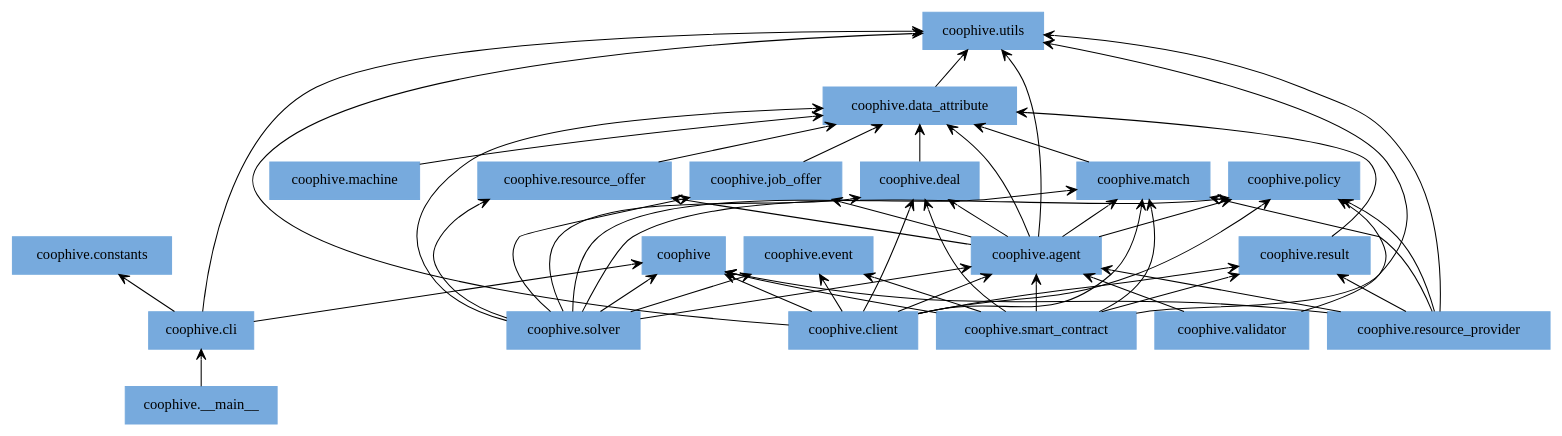
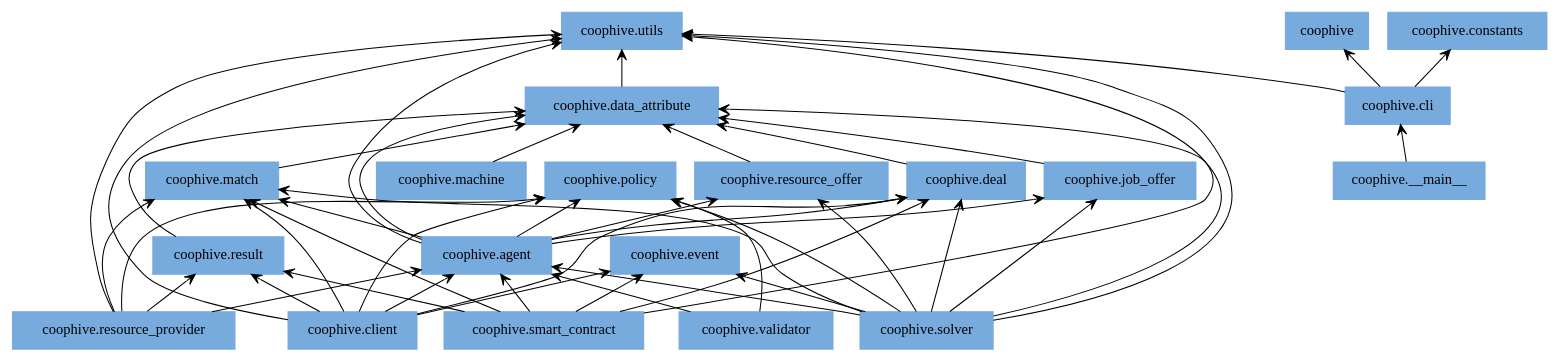
Before and after one commit to CoopHive/Apiary: the diagram in docs/img/packages_coophive.dot, drawn with Graphviz. The commit also changed 7 other files, not shown here.

```diff
--- a/docs/img/packages_coophive.dot
+++ b/docs/img/packages_coophive.dot
@@ -1,74 +1,71 @@
 digraph "packages_coophive" {
 rankdir=BT
 charset="utf-8"
 "coophive" [color="#77AADD", label=<coophive>, shape="box", style="filled"];
 "coophive.__main__" [color="#77AADD", label=<coophive.__main__>, shape="box", style="filled"];
 "coophive.agent" [color="#77AADD", label=<coophive.agent>, shape="box", style="filled"];
 "coophive.cli" [color="#77AADD", label=<coophive.cli>, shape="box", style="filled"];
 "coophive.client" [color="#77AADD", label=<coophive.client>, shape="box", style="filled"];
 "coophive.constants" [color="#77AADD", label=<coophive.constants>, shape="box", style="filled"];
 "coophive.data_attribute" [color="#77AADD", label=<coophive.data_attribute>, shape="box", style="filled"];
 "coophive.deal" [color="#77AADD", label=<coophive.deal>, shape="box", style="filled"];
 "coophive.event" [color="#77AADD", label=<coophive.event>, shape="box", style="filled"];
 "coophive.job_offer" [color="#77AADD", label=<coophive.job_offer>, shape="box", style="filled"];
 "coophive.machine" [color="#77AADD", label=<coophive.machine>, shape="box", style="filled"];
 "coophive.match" [color="#77AADD", label=<coophive.match>, shape="box", style="filled"];
 "coophive.policy" [color="#77AADD", label=<coophive.policy>, shape="box", style="filled"];
 "coophive.resource_offer" [color="#77AADD", label=<coophive.resource_offer>, shape="box", style="filled"];
 "coophive.resource_provider" [color="#77AADD", label=<coophive.resource_provider>, shape="box", style="filled"];
 "coophive.result" [color="#77AADD", label=<coophive.result>, shape="box", style="filled"];
 "coophive.smart_contract" [color="#77AADD", label=<coophive.smart_contract>, shape="box", style="filled"];
 "coophive.solver" [color="#77AADD", label=<coophive.solver>, shape="box", style="filled"];
 "coophive.utils" [color="#77AADD", label=<coophive.utils>, shape="box", style="filled"];
 "coophive.validator" [color="#77AADD", label=<coophive.validator>, shape="box", style="filled"];
 "coophive.__main__" -> "coophive.cli" [arrowhead="open", arrowtail="none"];
 "coophive.agent" -> "coophive.data_attribute" [arrowhead="open", arrowtail="none"];
 "coophive.agent" -> "coophive.deal" [arrowhead="open", arrowtail="none"];
 "coophive.agent" -> "coophive.job_offer" [arrowhead="open", arrowtail="none"];
 "coophive.agent" -> "coophive.match" [arrowhead="open", arrowtail="none"];
 "coophive.agent" -> "coophive.policy" [arrowhead="open", arrowtail="none"];
 "coophive.agent" -> "coophive.resource_offer" [arrowhead="open", arrowtail="none"];
 "coophive.agent" -> "coophive.utils" [arrowhead="open", arrowtail="none"];
 "coophive.cli" -> "coophive" [arrowhead="open", arrowtail="none"];
 "coophive.cli" -> "coophive.constants" [arrowhead="open", arrowtail="none"];
 "coophive.cli" -> "coophive.utils" [arrowhead="open", arrowtail="none"];
-"coophive.client" -> "coophive" [arrowhead="open", arrowtail="none"];
 "coophive.client" -> "coophive.agent" [arrowhead="open", arrowtail="none"];
 "coophive.client" -> "coophive.deal" [arrowhead="open", arrowtail="none"];
 "coophive.client" -> "coophive.event" [arrowhead="open", arrowtail="none"];
 "coophive.client" -> "coophive.match" [arrowhead="open", arrowtail="none"];
 "coophive.client" -> "coophive.policy" [arrowhead="open", arrowtail="none"];
 "coophive.client" -> "coophive.result" [arrowhead="open", arrowtail="none"];
 "coophive.client" -> "coophive.utils" [arrowhead="open", arrowtail="none"];
 "coophive.data_attribute" -> "coophive.utils" [arrowhead="open", arrowtail="none"];
 "coophive.deal" -> "coophive.data_attribute" [arrowhead="open", arrowtail="none"];
 "coophive.job_offer" -> "coophive.data_attribute" [arrowhead="open", arrowtail="none"];
 "coophive.machine" -> "coophive.data_attribute" [arrowhead="open", arrowtail="none"];
 "coophive.match" -> "coophive.data_attribute" [arrowhead="open", arrowtail="none"];
 "coophive.resource_offer" -> "coophive.data_attribute" [arrowhead="open", arrowtail="none"];
-"coophive.resource_provider" -> "coophive" [arrowhead="open", arrowtail="none"];
 "coophive.resource_provider" -> "coophive.agent" [arrowhead="open", arrowtail="none"];
 "coophive.resource_provider" -> "coophive.match" [arrowhead="open", arrowtail="none"];
 "coophive.resource_provider" -> "coophive.policy" [arrowhead="open", arrowtail="none"];
 "coophive.resource_provider" -> "coophive.result" [arrowhead="open", arrowtail="none"];
 "coophive.resource_provider" -> "coophive.utils" [arrowhead="open", arrowtail="none"];
 "coophive.result" -> "coophive.data_attribute" [arrowhead="open", arrowtail="none"];
-"coophive.smart_contract" -> "coophive" [arrowhead="open", arrowtail="none"];
 "coophive.smart_contract" -> "coophive.agent" [arrowhead="open", arrowtail="none"];
 "coophive.smart_contract" -> "coophive.deal" [arrowhead="open", arrowtail="none"];
 "coophive.smart_contract" -> "coophive.event" [arrowhead="open", arrowtail="none"];
 "coophive.smart_contract" -> "coophive.match" [arrowhead="open", arrowtail="none"];
 "coophive.smart_contract" -> "coophive.result" [arrowhead="open", arrowtail="none"];
 "coophive.smart_contract" -> "coophive.utils" [arrowhead="open", arrowtail="none"];
-"coophive.solver" -> "coophive" [arrowhead="open", arrowtail="none"];
 "coophive.solver" -> "coophive.agent" [arrowhead="open", arrowtail="none"];
 "coophive.solver" -> "coophive.data_attribute" [arrowhead="open", arrowtail="none"];
 "coophive.solver" -> "coophive.deal" [arrowhead="open", arrowtail="none"];
 "coophive.solver" -> "coophive.event" [arrowhead="open", arrowtail="none"];
 "coophive.solver" -> "coophive.job_offer" [arrowhead="open", arrowtail="none"];
 "coophive.solver" -> "coophive.match" [arrowhead="open", arrowtail="none"];
 "coophive.solver" -> "coophive.policy" [arrowhead="open", arrowtail="none"];
 "coophive.solver" -> "coophive.resource_offer" [arrowhead="open", arrowtail="none"];
+"coophive.solver" -> "coophive.utils" [arrowhead="open", arrowtail="none"];
 "coophive.validator" -> "coophive.agent" [arrowhead="open", arrowtail="none"];
 "coophive.validator" -> "coophive.policy" [arrowhead="open", arrowtail="none"];
 }
```
